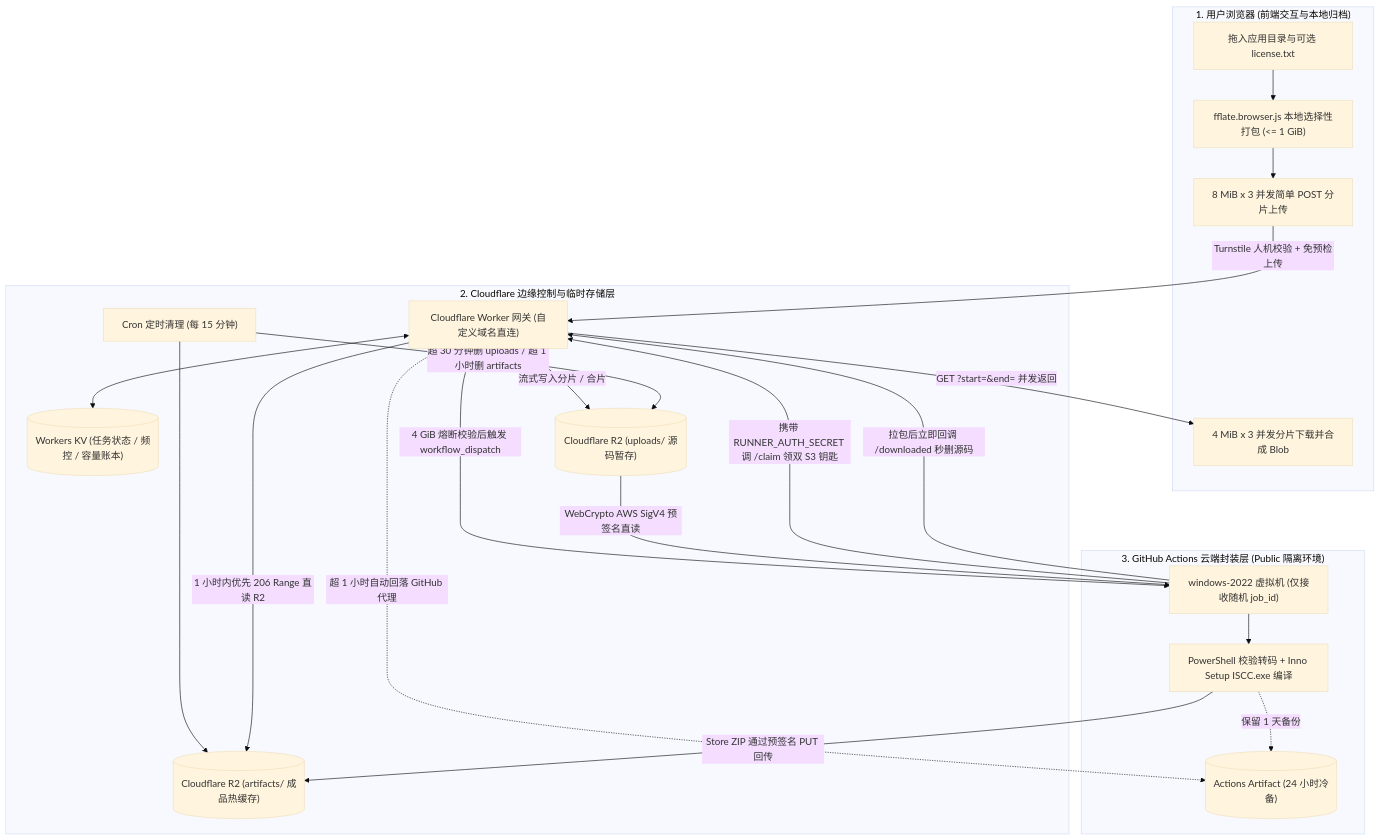
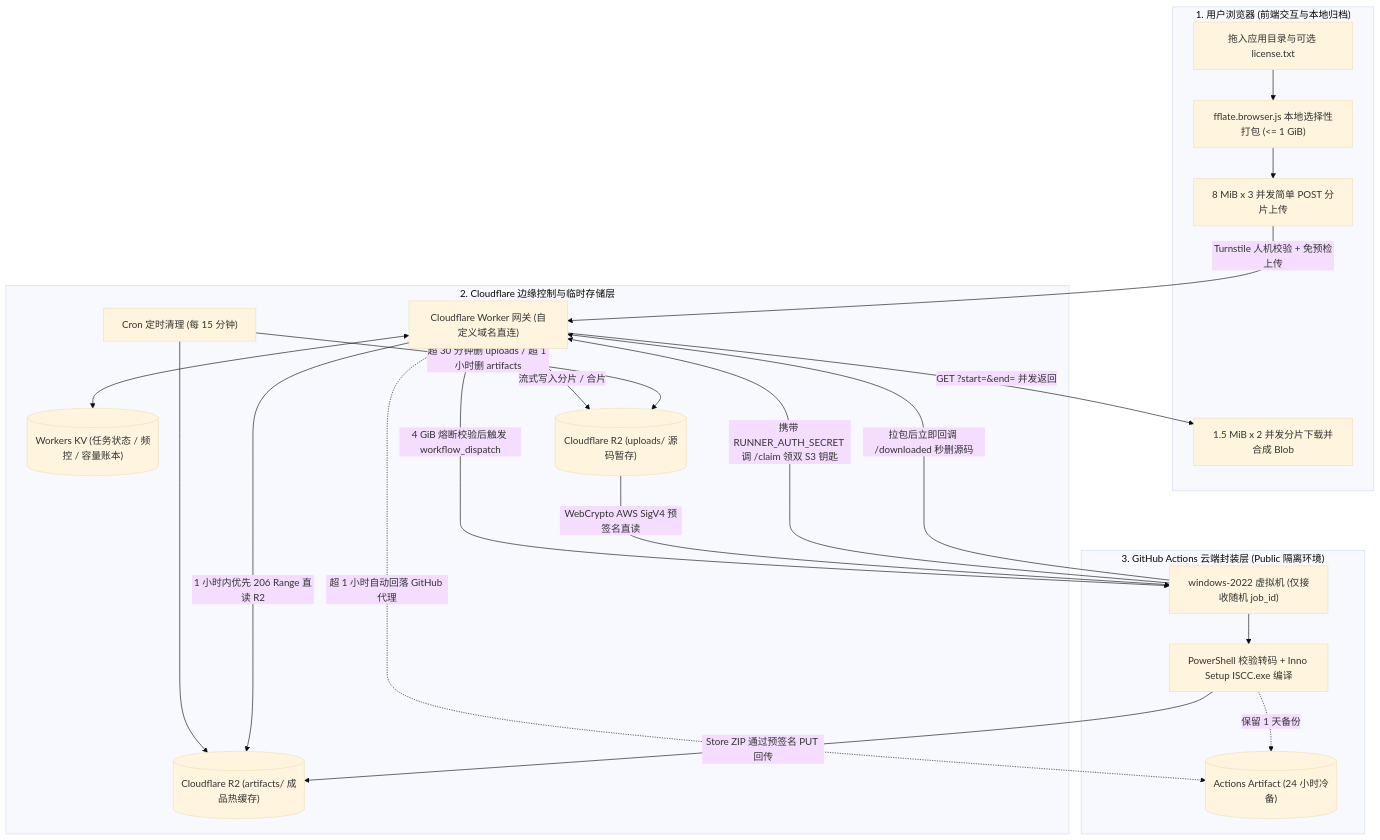
Before and after one commit to GallantTarry/TuKuai-EXE: the diagram in README.md, drawn with Mermaid (base theme). The commit also changed other lines of this file and 2 other files, not shown here.

Commit message:
前端下载修复
1.修复超时零重试 Bug：让超时异常明确标记 retryable = true，把最大重试提升到 5 次（指数退避）。

````diff
--- a/README.md
+++ b/README.md
@@ -9,40 +9,40 @@
 ```mermaid
 flowchart TD
     subgraph Client["1. 用户浏览器 (前端交互与本地归档)"]
         U1["拖入应用目录与可选 license.txt"]
         U2["fflate.browser.js 本地选择性打包 (<= 1 GiB)"]
         U3["8 MiB x 3 并发简单 POST 分片上传"]
-        U4["4 MiB x 3 并发分片下载并合成 Blob"]
+        U4["1.5 MiB x 2 并发分片下载并合成 Blob"]
         U1 --> U2 --> U3
     end
 
     subgraph CF["2. Cloudflare 边缘控制与临时存储层"]
         W["Cloudflare Worker 网关 (自定义域名直连)"]
         KV[("Workers KV (任务状态 / 频控 / 容量账本)")]
         R2_IN[("Cloudflare R2 (uploads/ 源码暂存)")]
         R2_OUT[("Cloudflare R2 (artifacts/ 成品热缓存)")]
         CRON["Cron 定时清理 (每 15 分钟)"]
         W <--> KV
         W -->|"流式写入分片 / 合片"| R2_IN
         CRON -->|"超 30 分钟删 uploads / 超 1 小时删 artifacts"| R2_IN
         CRON --> R2_OUT
     end
 
     subgraph GH["3. GitHub Actions 云端封装层 (Public 隔离环境)"]
         ACT["windows-2022 虚拟机 (仅接收随机 job_id)"]
         INNO["PowerShell 校验转码 + Inno Setup ISCC.exe 编译"]
         ART[("Actions Artifact (24 小时冷备)")]
         ACT --> INNO
     end
 
     U3 -->|"Turnstile 人机校验 + 免预检上传"| W
     W -->|"4 GiB 熔断校验后触发 workflow_dispatch"| ACT
     ACT -->|"携带 RUNNER_AUTH_SECRET 调 /claim 领双 S3 钥匙"| W
     R2_IN -->|"WebCrypto AWS SigV4 预签名直读"| ACT
     ACT -->|"拉包后立即回调 /downloaded 秒删源码"| W
     INNO -->|"Store ZIP 通过预签名 PUT 回传"| R2_OUT
     INNO -.->|"保留 1 天备份"| ART
     W -->|"1 小时内优先 206 Range 直读 R2"| R2_OUT
     W -.->|"超 1 小时自动回落 GitHub 代理"| ART
     W -->|"GET ?start=&end= 并发返回"| U4
 ```
````
